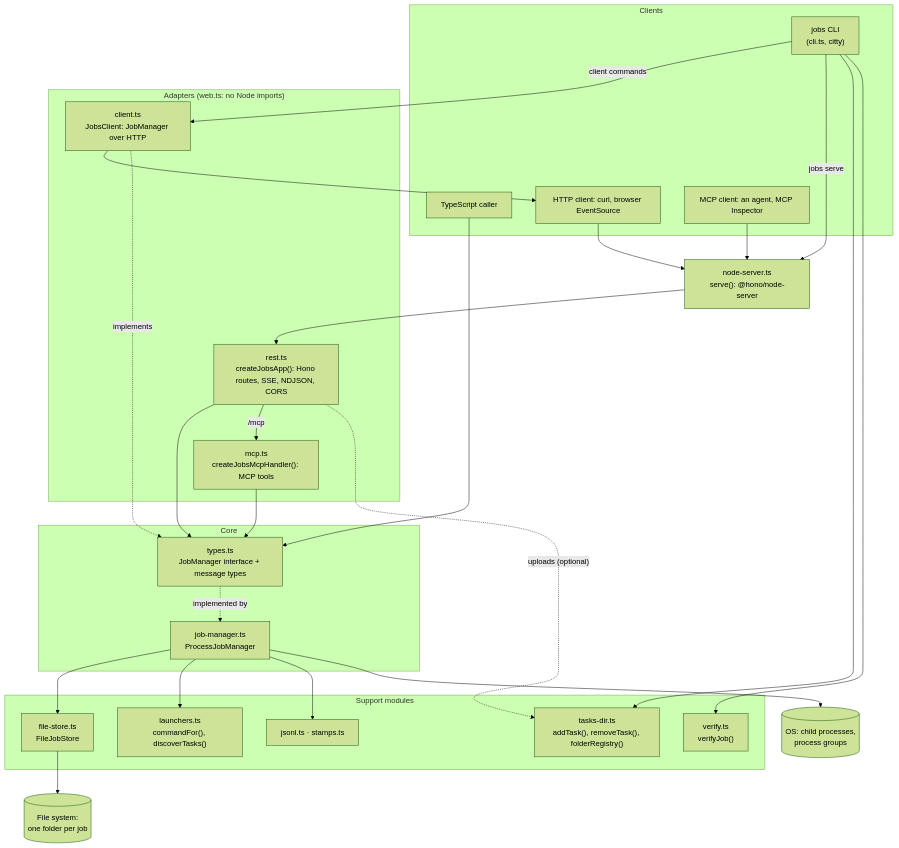
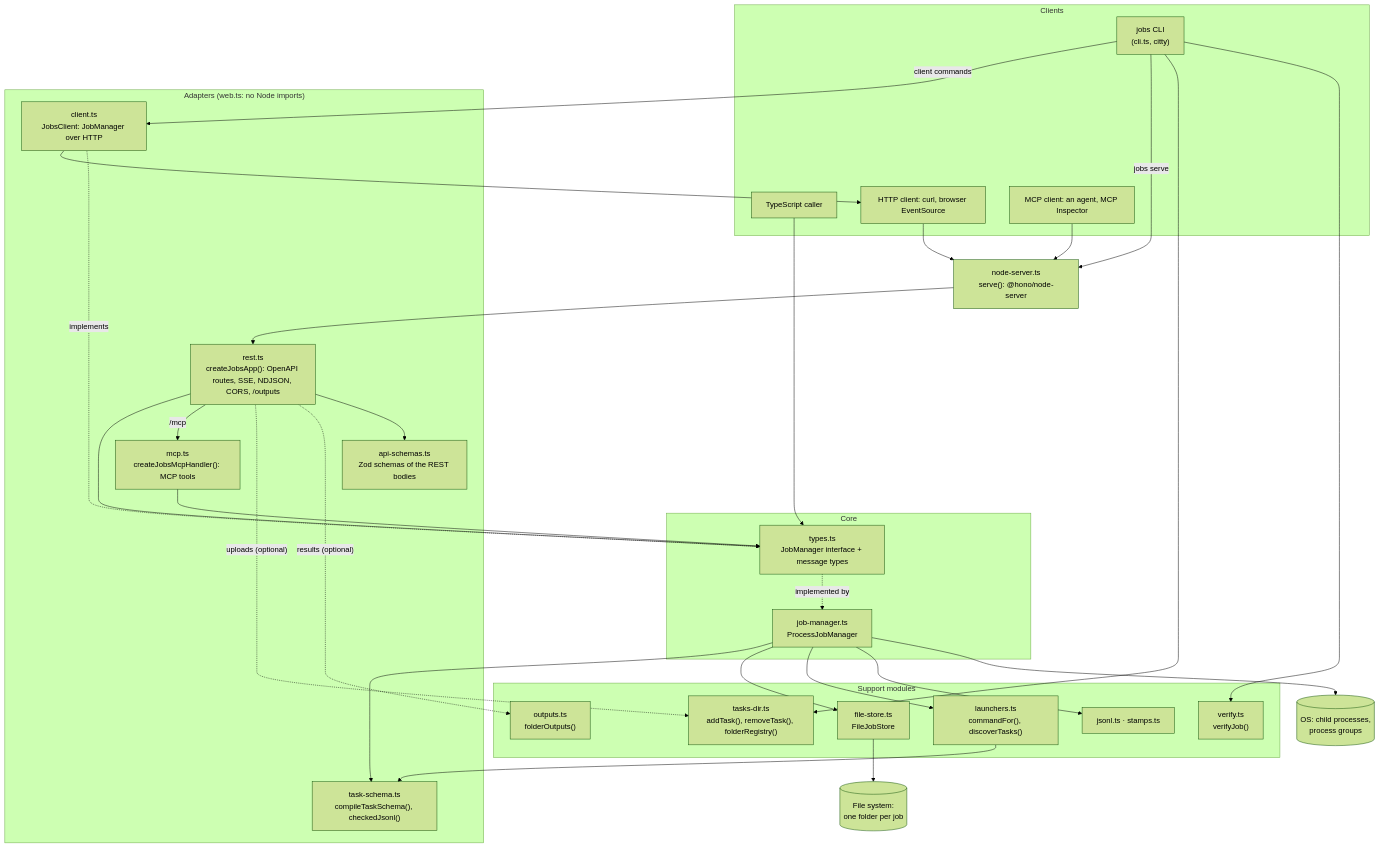
The first of 4 diagrams in apps/jobs-manager/docs/architecture.md (statewalker/statewalker-sandbox), drawn with Mermaid (forest theme) before and after one commit. The commit also changed other lines of this file and 46 other files, not shown here.

First line of the commit message:
jobs-manager: task schemas, results folders, OpenAPI from Zod, follow_job, docs (#164)

````diff
--- a/apps/jobs-manager/docs/architecture.md
+++ b/apps/jobs-manager/docs/architecture.md
@@ -9,44 +9,51 @@
 ```mermaid
 flowchart TB
   subgraph clients[Clients]
     ts[TypeScript caller]
     jobs["jobs CLI<br/>(cli.ts, citty)"]
     http[HTTP client: curl, browser EventSource]
     agent[MCP client: an agent, MCP Inspector]
   end
   subgraph adapters["Adapters (web.ts: no Node imports)"]
     client["client.ts<br/>JobsClient: JobManager over HTTP"]
-    rest["rest.ts<br/>createJobsApp(): Hono routes, SSE, NDJSON, CORS"]
+    rest["rest.ts<br/>createJobsApp(): OpenAPI routes, SSE, NDJSON, CORS, /outputs"]
+    apis["api-schemas.ts<br/>Zod schemas of the REST bodies"]
     mcp["mcp.ts<br/>createJobsMcpHandler(): MCP tools"]
+    tschema["task-schema.ts<br/>compileTaskSchema(), checkedJsonl()"]
   end
   node["node-server.ts<br/>serve(): @hono/node-server"]
   subgraph core[Core]
     api["types.ts<br/>JobManager interface + message types"]
     pjm["job-manager.ts<br/>ProcessJobManager"]
   end
   subgraph support[Support modules]
     store["file-store.ts<br/>FileJobStore"]
     launch["launchers.ts<br/>commandFor(), discoverTasks()"]
     tdir["tasks-dir.ts<br/>addTask(), removeTask(), folderRegistry()"]
+    outputs["outputs.ts<br/>folderOutputs()"]
     verify["verify.ts<br/>verifyJob()"]
     jsonl["jsonl.ts · stamps.ts"]
   end
   os[(OS: child processes,<br/>process groups)]
   fs[(File system:<br/>one folder per job)]
 
   ts --> api
   jobs -- "client commands" --> client --> http
   jobs -- "jobs serve" --> node
   jobs --> tdir
   jobs --> verify
   http --> node --> rest --> api
   agent --> node
   rest -- "/mcp" --> mcp --> api
   rest -. "uploads (optional)" .-> tdir
+  rest -. "results (optional)" .-> outputs
+  rest --> apis
+  pjm --> tschema
+  launch --> tschema
   client -. implements .-> api
   api -. implemented by .-> pjm
   pjm --> store --> fs
   pjm --> launch
   pjm --> jsonl
   pjm --> os
 ```
````
